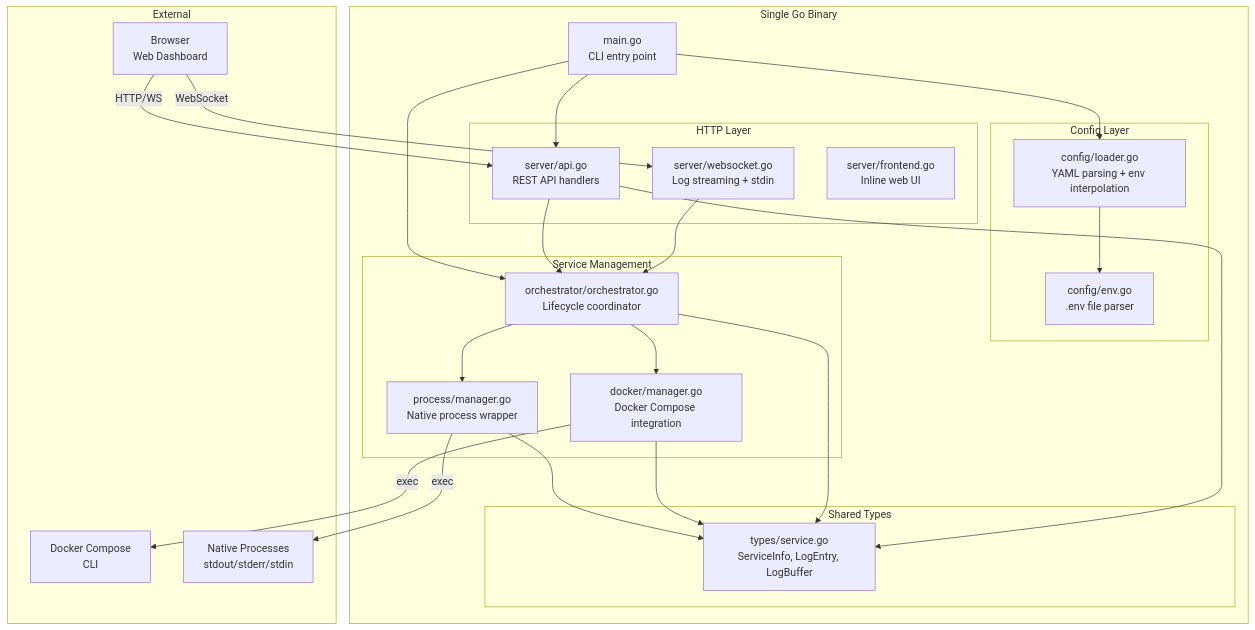
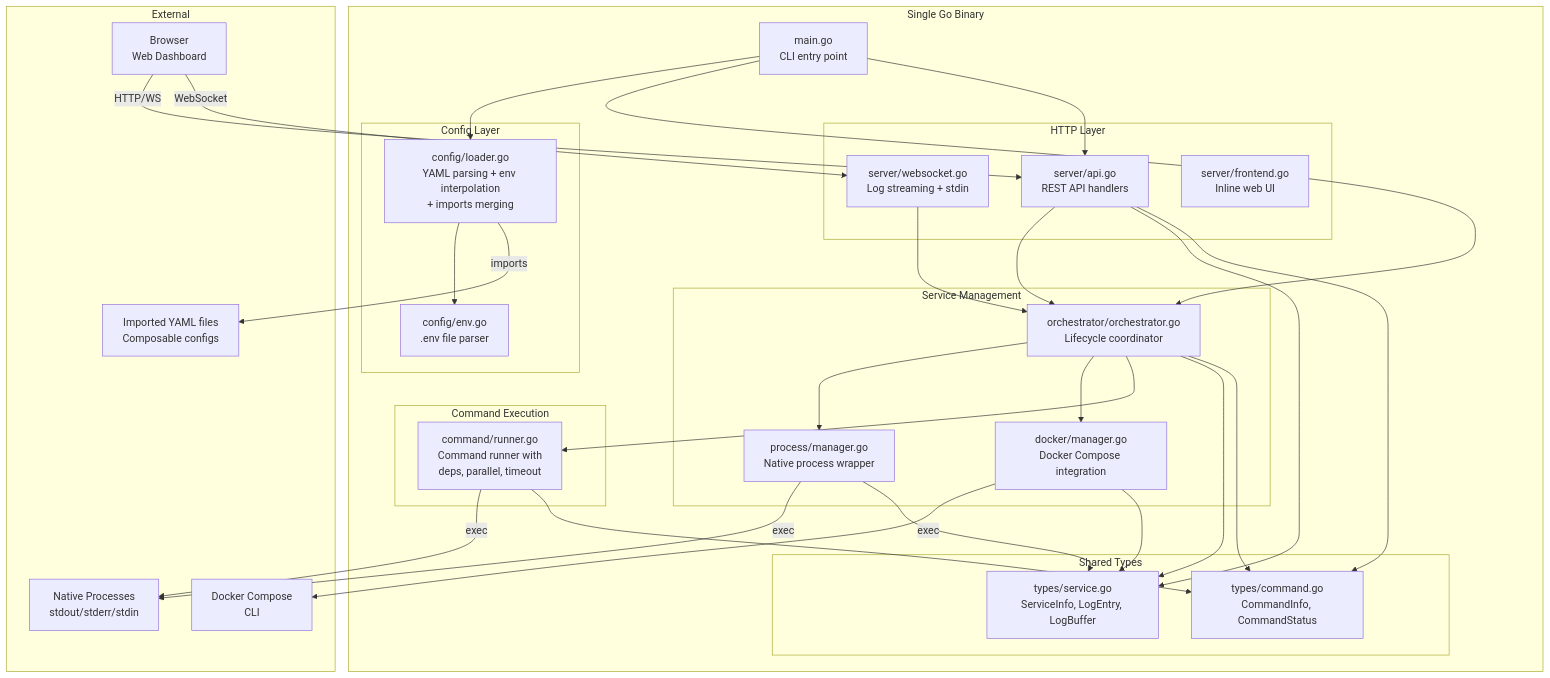
One commit to roraja/foreman changed the first of 5 diagrams in docs/architecture.md. Above: the diagram before and after it, drawn with Mermaid. The commit also changed other lines of this file and 30 other files, not shown here.

````diff
--- a/docs/architecture.md
+++ b/docs/architecture.md
@@ -9,52 +9,64 @@
 ```mermaid
 graph TB
     subgraph "Single Go Binary"
         M[main.go<br/>CLI entry point]
         
         subgraph "Config Layer"
-            CL[config/loader.go<br/>YAML parsing + env interpolation]
+            CL[config/loader.go<br/>YAML parsing + env interpolation<br/>+ imports merging]
             CE[config/env.go<br/>.env file parser]
         end
         
         subgraph "Service Management"
             O[orchestrator/orchestrator.go<br/>Lifecycle coordinator]
             PM[process/manager.go<br/>Native process wrapper]
             DM[docker/manager.go<br/>Docker Compose integration]
         end
         
+        subgraph "Command Execution"
+            CR[command/runner.go<br/>Command runner with<br/>deps, parallel, timeout]
+        end
+        
         subgraph "HTTP Layer"
             S[server/api.go<br/>REST API handlers]
             WS[server/websocket.go<br/>Log streaming + stdin]
             FE[server/frontend.go<br/>Inline web UI]
         end
         
         subgraph "Shared Types"
-            T[types/service.go<br/>ServiceInfo, LogEntry, LogBuffer]
+            T1[types/service.go<br/>ServiceInfo, LogEntry, LogBuffer]
+            T2[types/command.go<br/>CommandInfo, CommandStatus]
         end
     end
     
     subgraph "External"
         B[Browser<br/>Web Dashboard]
         DC[Docker Compose<br/>CLI]
         P[Native Processes<br/>stdout/stderr/stdin]
+        YF[Imported YAML files<br/>Composable configs]
     end
     
     M --> CL
     CL --> CE
+    CL -->|imports| YF
     M --> O
     O --> PM
     O --> DM
+    O --> CR
     M --> S
     S --> O
     WS --> O
     
     B -->|HTTP/WS| S
     B -->|WebSocket| WS
     DM -->|exec| DC
     PM -->|exec| P
+    CR -->|exec| P
     
-    PM --> T
-    DM --> T
-    O --> T
-    S --> T
+    PM --> T1
+    DM --> T1
+    CR --> T2
+    O --> T1
+    O --> T2
+    S --> T1
+    S --> T2
 ```
````
